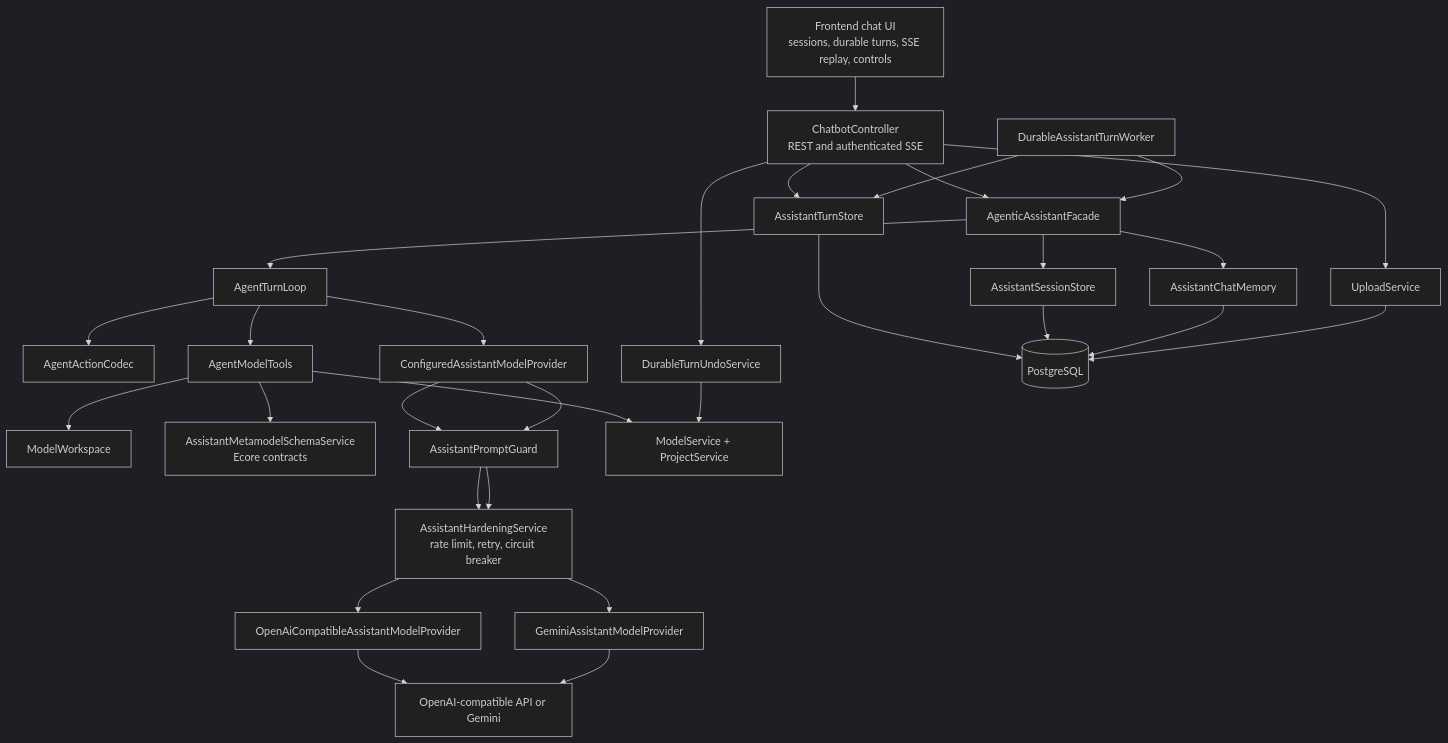
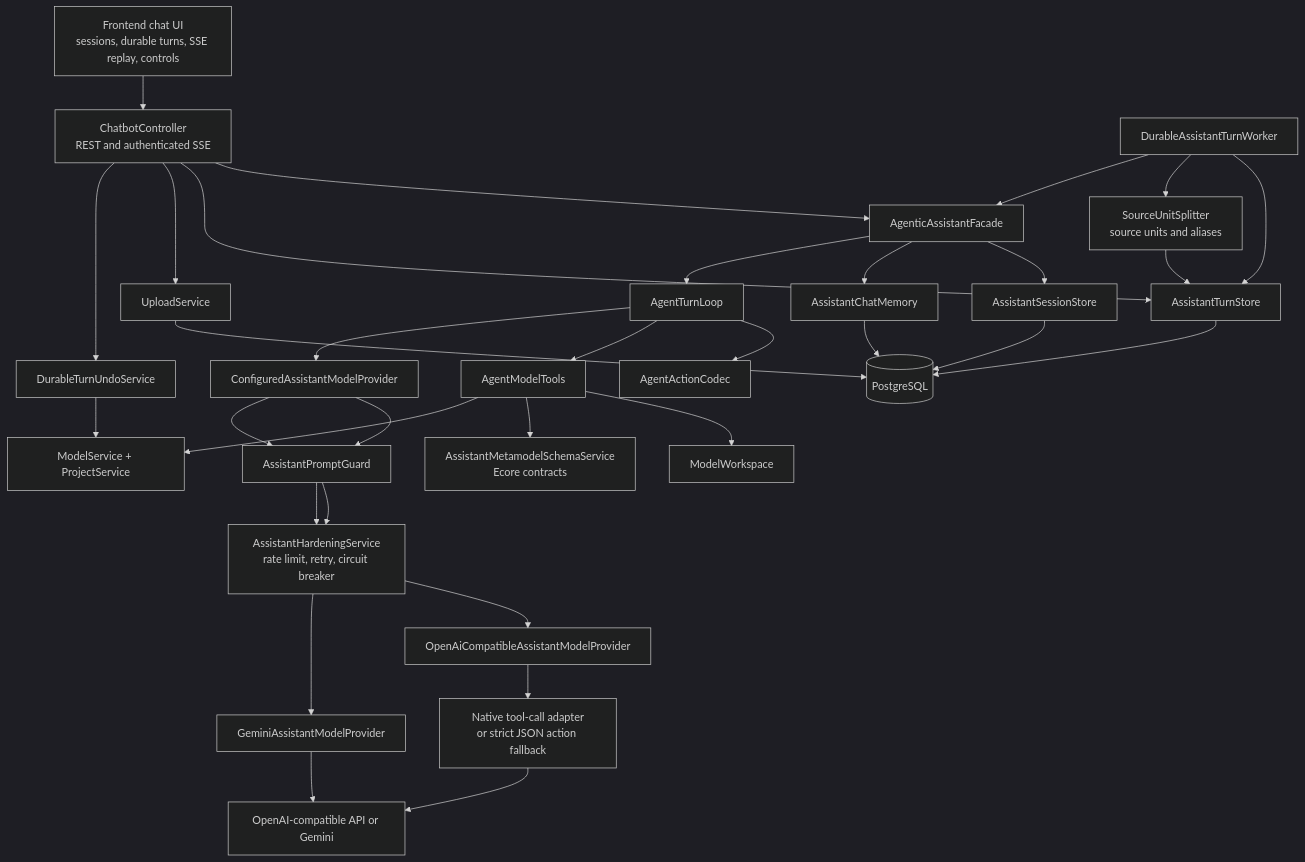
Before and after one commit to mehdieidi/modriss: the first of 3 diagrams in docs/diagrams/14-ai-assistant-architecture.md, drawn with Mermaid (dark theme). The commit also changed other lines of this file and 44 other files, not shown here.

````diff
--- a/docs/diagrams/14-ai-assistant-architecture.md
+++ b/docs/diagrams/14-ai-assistant-architecture.md
@@ -5,48 +5,52 @@
 ```mermaid
 flowchart TB
     ui["Frontend chat UI<br/>sessions, durable turns, SSE replay, controls"]
     api["ChatbotController<br/>REST and authenticated SSE"]
     worker["DurableAssistantTurnWorker"]
     facade["AgenticAssistantFacade"]
     loop["AgentTurnLoop"]
     codec["AgentActionCodec"]
     tools["AgentModelTools"]
     workspace["ModelWorkspace"]
     schema["AssistantMetamodelSchemaService<br/>Ecore contracts"]
     hard["AssistantHardeningService<br/>rate limit, retry, circuit breaker"]
     prompts["AssistantPromptGuard"]
     provider["ConfiguredAssistantModelProvider"]
     openai["OpenAiCompatibleAssistantModelProvider"]
     gemini["GeminiAssistantModelProvider"]
+    nativeTools["Native tool-call adapter<br/>or strict JSON action fallback"]
     models["ModelService + ProjectService"]
     turns["AssistantTurnStore"]
     sessions["AssistantSessionStore"]
     memory["AssistantChatMemory"]
     uploads["UploadService"]
+    splitter["SourceUnitSplitter<br/>source units and aliases"]
     undo["DurableTurnUndoService"]
     db[("PostgreSQL")]
     ai["OpenAI-compatible API or Gemini"]
 
     ui --> api
     api --> facade
     api --> turns
     api --> uploads
     api --> undo
     worker --> turns
+    worker --> splitter
     worker --> facade
     facade --> sessions
     facade --> memory
     facade --> loop
     loop --> codec
     loop --> tools --> workspace
     tools --> schema
     tools --> models
     loop --> provider
-    provider --> prompts --> hard --> openai --> ai
+    provider --> prompts --> hard --> openai --> nativeTools --> ai
     provider --> prompts --> hard --> gemini --> ai
     turns --> db
     sessions --> db
     memory --> db
     uploads --> db
+    splitter --> turns
     undo --> models
 ```
````
